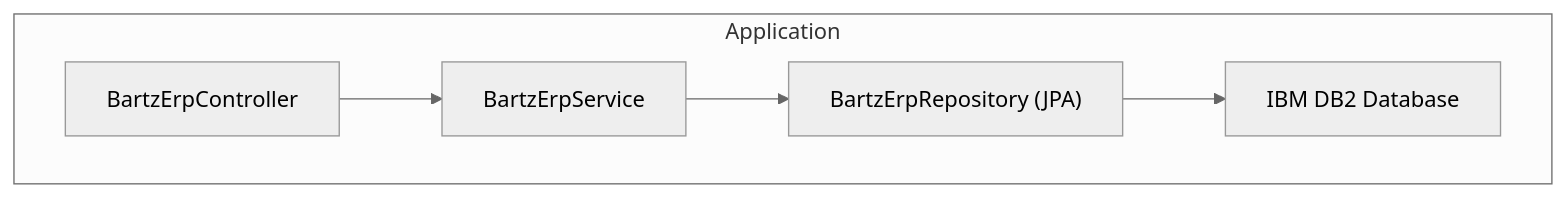
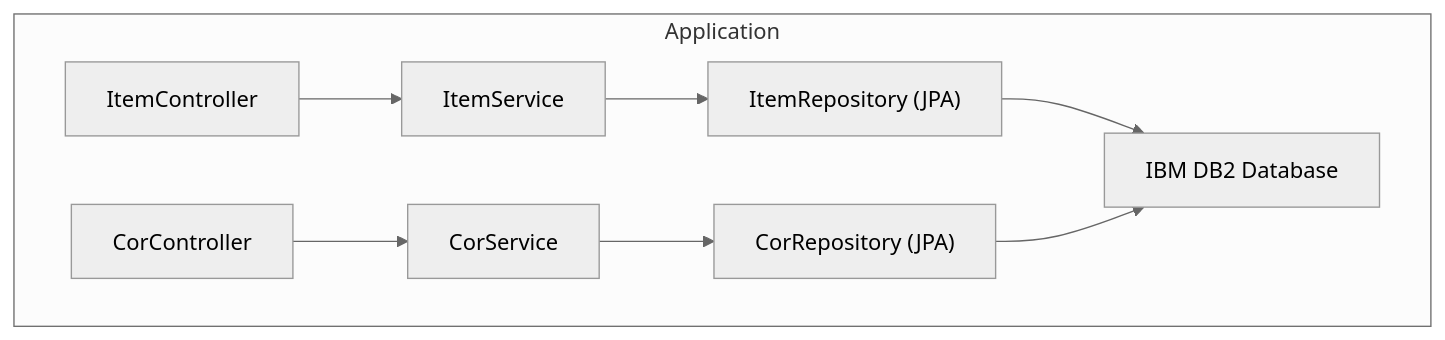
The first of 2 diagrams in README.md (betolara1/API-SERVIDOR-BARTZMOVEIS), drawn with Mermaid (neutral theme) before and after one commit. The commit also changed other lines of this file and 14 other files, not shown here.

````diff
--- a/README.md
+++ b/README.md
@@ -43,8 +42,11 @@
 ```mermaid
 flowchart TB
   subgraph Application
-    A["BartzErpController"] --> B["BartzErpService"]
-    B --> C["BartzErpRepository (JPA)"]
-    C --> D["IBM DB2 Database"]
+    A1["ItemController"] --> B1["ItemService"]
+    A2["CorController"] --> B2["CorService"]
+    B1 --> C1["ItemRepository (JPA)"]
+    B2 --> C2["CorRepository (JPA)"]
+    C1 --> D["IBM DB2 Database"]
+    C2 --> D
   end
 ```
````
